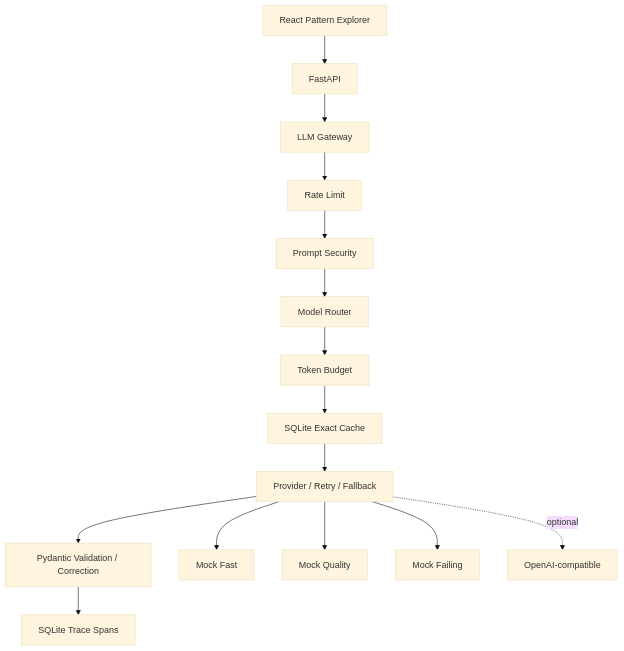
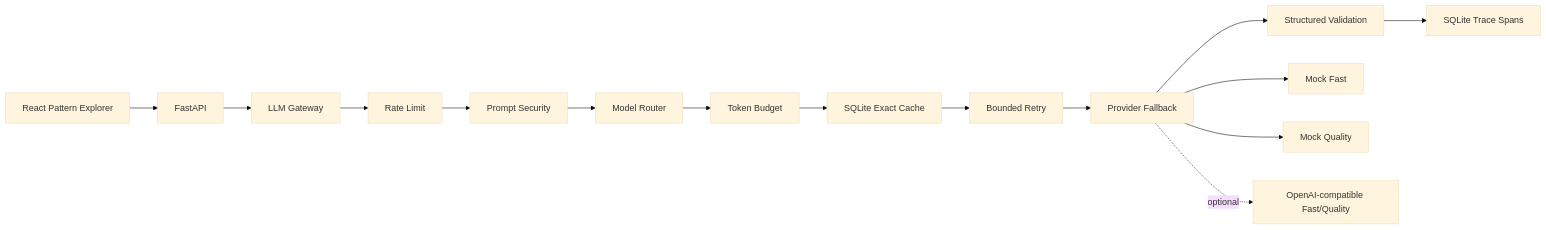
One commit to PdrPaez/llm-production-patterns changed the diagram in README.md. Above: the diagram before and after it, drawn with Mermaid (base theme). The commit also changed other lines of this file and 3 other files, not shown here.

````diff
--- a/README.md
+++ b/README.md
@@ -26,17 +35,17 @@
 ```mermaid
-flowchart TD
-  UI[React Pattern Explorer] --> API[FastAPI]
-  API --> G[LLM Gateway]
-  G --> R[Rate Limit]
-  R --> S[Prompt Security]
-  S --> M[Model Router]
-  M --> B[Token Budget]
-  B --> C[SQLite Exact Cache]
-  C --> P[Provider / Retry / Fallback]
-  P --> V[Pydantic Validation / Correction]
-  V --> T[SQLite Trace Spans]
-  P --> MF[Mock Fast]
-  P --> MQ[Mock Quality]
-  P --> MX[Mock Failing]
-  P -. optional .-> O[OpenAI-compatible]
+flowchart LR
+    UI[React Pattern Explorer] --> API[FastAPI]
+    API --> G[LLM Gateway]
+    G --> RL[Rate Limit]
+    RL --> SEC[Prompt Security]
+    SEC --> ROUTE[Model Router]
+    ROUTE --> BUDGET[Token Budget]
+    BUDGET --> CACHE[SQLite Exact Cache]
+    CACHE --> RETRY[Bounded Retry]
+    RETRY --> FALLBACK[Provider Fallback]
+    FALLBACK --> VALIDATE[Structured Validation]
+    VALIDATE --> TRACE[SQLite Trace Spans]
+    FALLBACK --> MOCKFAST[Mock Fast]
+    FALLBACK --> MOCKQUALITY[Mock Quality]
+    FALLBACK -. optional .-> REAL[OpenAI-compatible Fast/Quality]
 ```
````
